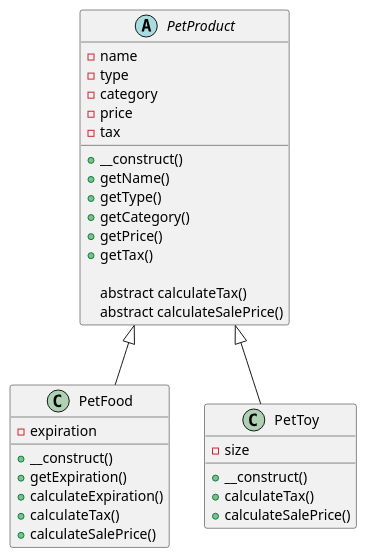
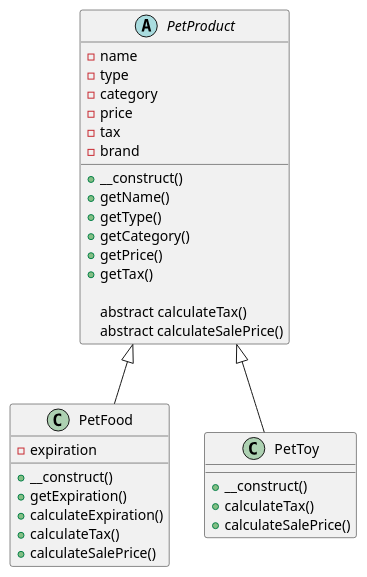
Before and after one commit to aysegulaksu/block3-adv-web: the diagram in project-1/tables.puml, drawn with PlantUML. The commit also changed 1 other file, not shown here.

```diff
--- a/project-1/tables.puml
+++ b/project-1/tables.puml
@@ -1,38 +1,39 @@
 @startuml
 
 abstract class PetProduct {
   - name
   - type
   - category
   - price
   - tax
+  -brand
 
   + __construct()
   + getName()
   + getType()
   + getCategory()
   + getPrice()
   + getTax()
   
   abstract calculateTax()
   abstract calculateSalePrice()
 }
 
 class PetFood extends PetProduct {
   - expiration
 
   + __construct()
   + getExpiration()
   + calculateExpiration()
   + calculateTax()
   + calculateSalePrice()
 }
 
 class PetToy extends PetProduct {
-  - size
+
   + __construct()
   + calculateTax()
   + calculateSalePrice()
 }
 
 @enduml
```
